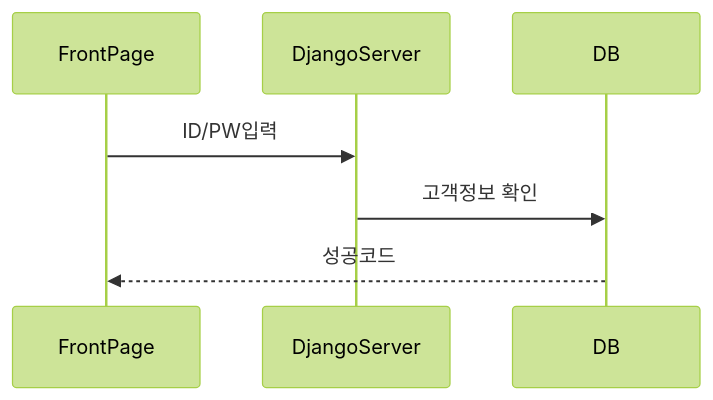
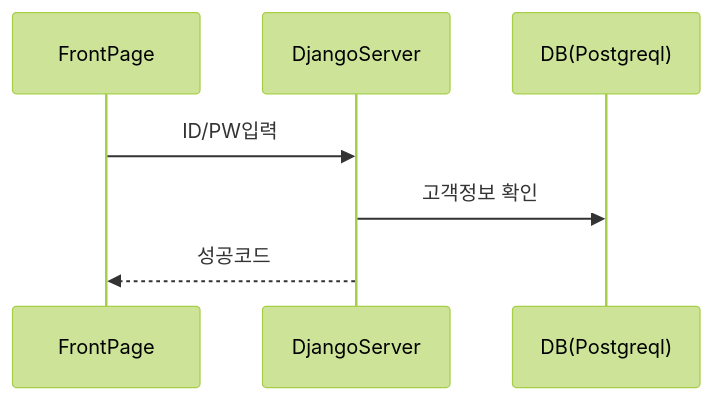
One commit to seulki119/D-Link changed the second of 9 diagrams in 참고자료/시퀸스 다이어그램.md. Above: the diagram before and after it, drawn with Mermaid (forest theme). The commit also changed other lines of this file and 30 other files, not shown here.

````diff
--- a/참고자료/시퀸스 다이어그램.md
+++ b/참고자료/시퀸스 다이어그램.md
@@ -35,6 +36,6 @@
 ```mermaid
 sequenceDiagram
 FrontPage  ->>DjangoServer:ID/PW입력
-DjangoServer->>DB : 고객정보 확인
-DB-->>FrontPage: 성공코드
+DjangoServer->>DB(Postgreql) : 고객정보 확인
+DjangoServer-->>FrontPage: 성공코드
 ```
````
